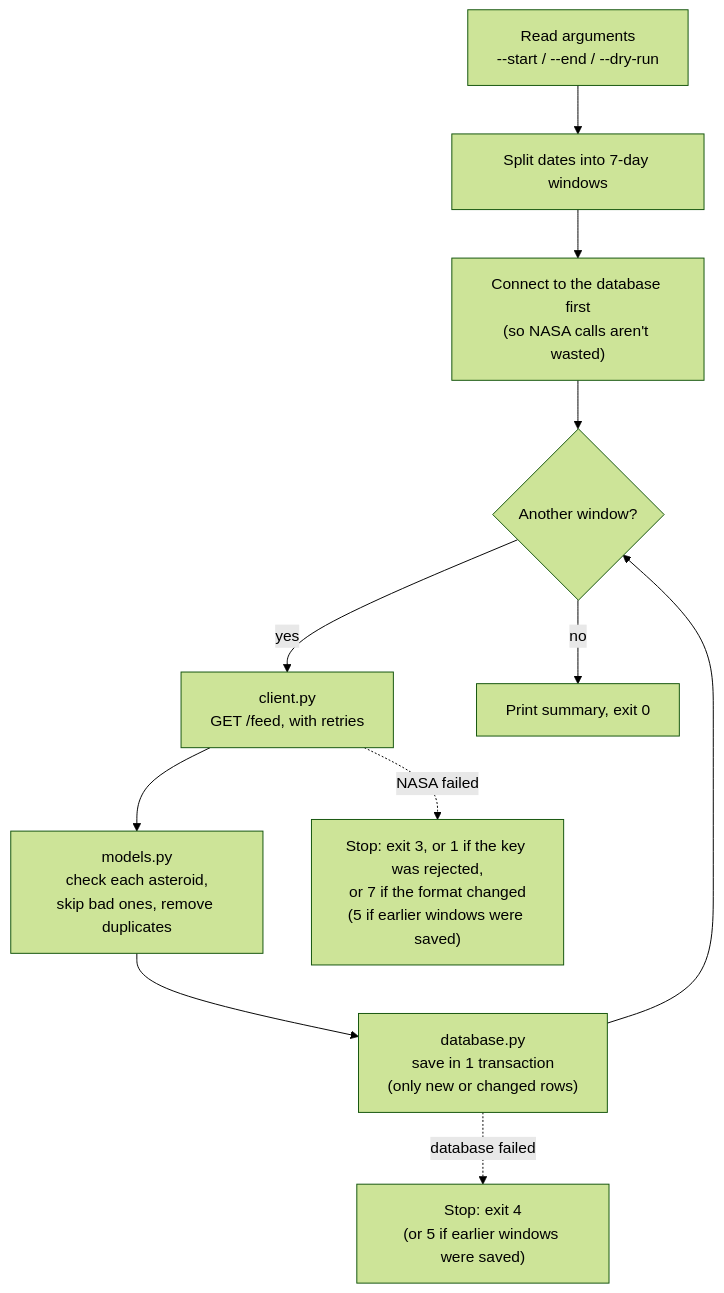
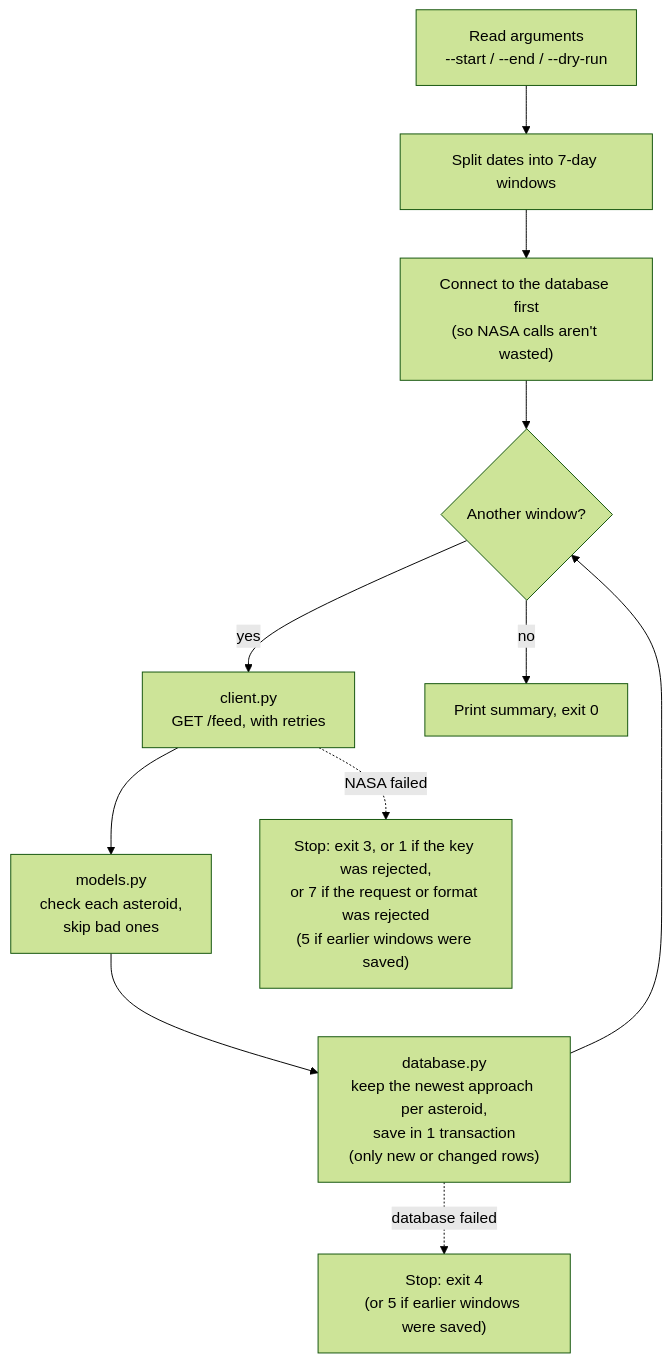
The second of 6 diagrams in docs/ARCHITECTURE.md (ksbn/neo-project), drawn with Mermaid (forest theme) before and after one commit. The commit also changed other lines of this file and 28 other files, not shown here.

````diff
--- a/docs/ARCHITECTURE.md
+++ b/docs/ARCHITECTURE.md
@@ -50,13 +50,13 @@
 ```mermaid
 flowchart TD
     A["Read arguments<br/>--start / --end / --dry-run"] --> B["Split dates into 7-day windows"]
     B --> C["Connect to the database first<br/>(so NASA calls aren't wasted)"]
     C --> D{"Another window?"}
     D -->|yes| E["client.py<br/>GET /feed, with retries"]
-    E --> F["models.py<br/>check each asteroid,<br/>skip bad ones, remove duplicates"]
-    F --> G["database.py<br/>save in 1 transaction<br/>(only new or changed rows)"]
+    E --> F["models.py<br/>check each asteroid,<br/>skip bad ones"]
+    F --> G["database.py<br/>keep the newest approach per asteroid,<br/>save in 1 transaction<br/>(only new or changed rows)"]
     G --> D
     D -->|no| H["Print summary, exit 0"]
-    E -.->|"NASA failed"| X["Stop: exit 3, or 1 if the key was rejected,<br/>or 7 if the format changed<br/>(5 if earlier windows were saved)"]
+    E -.->|"NASA failed"| X["Stop: exit 3, or 1 if the key was rejected,<br/>or 7 if the request or format was rejected<br/>(5 if earlier windows were saved)"]
     G -.->|"database failed"| Y["Stop: exit 4<br/>(or 5 if earlier windows were saved)"]
 ```
````
